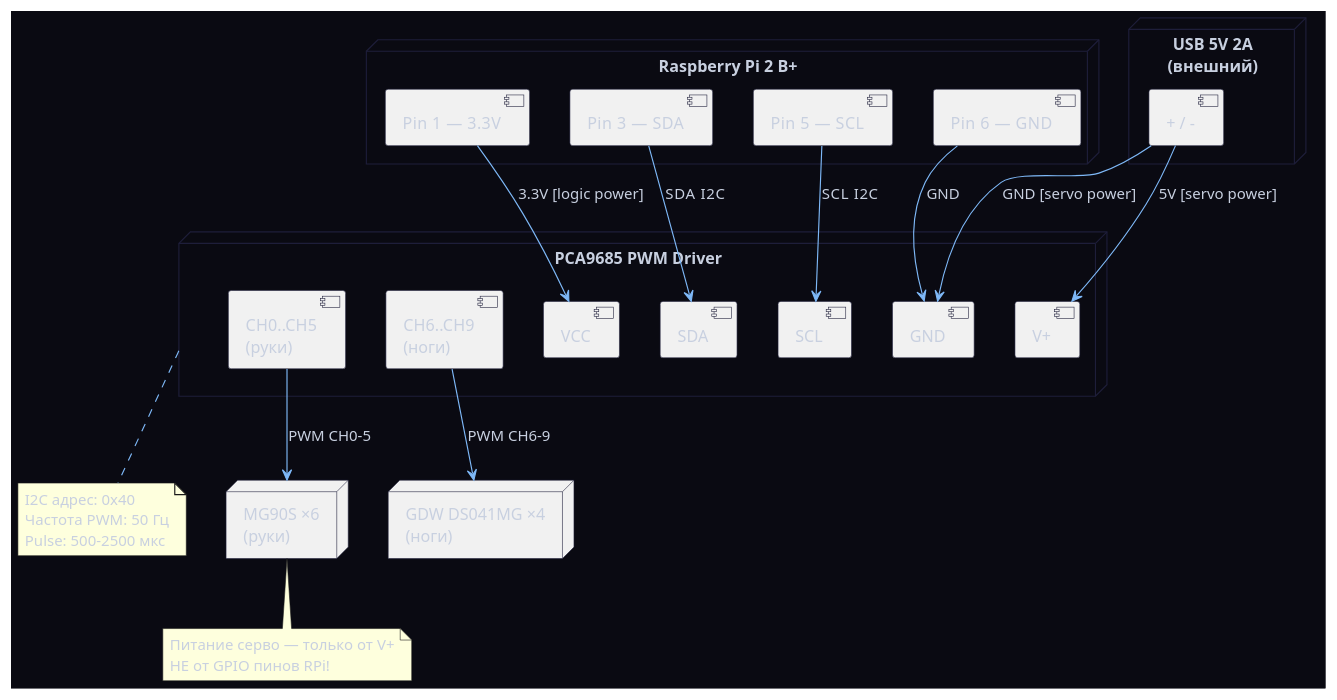
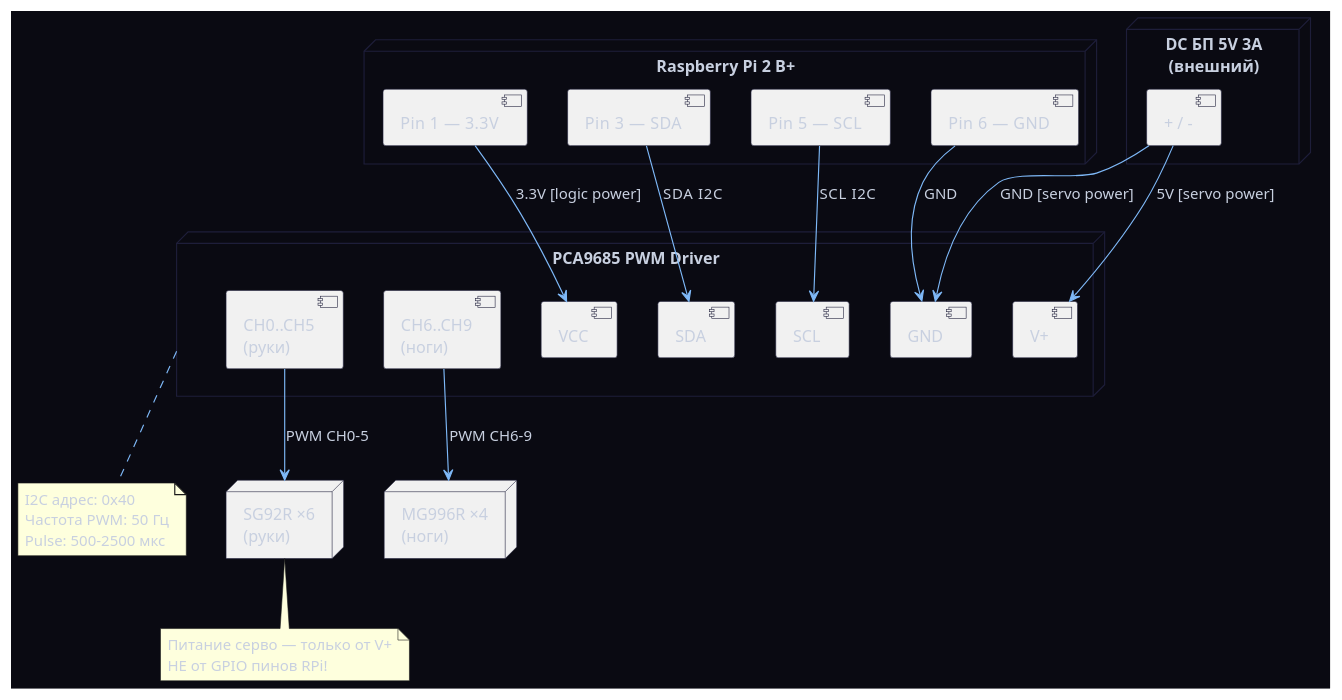
One commit to snyder2709/RoboForge changed the second of 2 diagrams in Research/robot-research-vault/research/robot-hardware-research/artefacts/diagrams/exp006_hardware_in_the_loop_wiring.md. Above: the diagram before and after it, drawn with PlantUML. The commit also changed other lines of this file and 1 other file, not shown here.

First line of the commit message:
EXP-006: add Gemini prerender prompt + fix wiring diagram servo names

````diff
--- a/Research/robot-research-vault/research/robot-hardware-research/artefacts/diagrams/exp006_hardware_in_the_loop_wiring.md
+++ b/Research/robot-research-vault/research/robot-hardware-research/artefacts/diagrams/exp006_hardware_in_the_loop_wiring.md
@@ -39,55 +39,55 @@
 ```plantuml
 @startuml
 skinparam backgroundColor #0a0a12
 skinparam defaultFontColor #c8d0e0
 skinparam nodeBorderColor #1e1e3a
 skinparam componentBorderColor #1e1e3a
 skinparam arrowColor #7eb8f7
 
 node "Raspberry Pi 2 B+" as RPi {
   component "Pin 1  — 3.3V" as P33
   component "Pin 6  — GND" as PGND
   component "Pin 3  — SDA" as PSDA
   component "Pin 5  — SCL" as PSCL
 }
 
 node "PCA9685 PWM Driver" as PCA {
   component "VCC" as PVCC
   component "GND" as PGND2
   component "SDA" as PSDA2
   component "SCL" as PSCL2
   component "V+" as PVP
   component "CH0..CH5\n(руки)" as CHArms
   component "CH6..CH9\n(ноги)" as CHLegs
 }
 
-node "USB 5V 2A\n(внешний)" as USB5V {
+node "DC БП 5V 3A\n(внешний)" as USB5V {
   component "+ / -" as USBPins
 }
 
-node "MG90S ×6\n(руки)" as Arms
-node "GDW DS041MG ×4\n(ноги)" as Legs
+node "SG92R ×6\n(руки)" as Arms
+node "MG996R ×4\n(ноги)" as Legs
 
 P33  --> PVCC  : 3.3V [logic power]
 PGND --> PGND2 : GND
 PSDA --> PSDA2 : SDA  I2C
 PSCL --> PSCL2 : SCL  I2C
 
 USBPins --> PVP   : 5V [servo power]
 USBPins --> PGND2 : GND [servo power]
 
 CHArms --> Arms : PWM CH0-5
 CHLegs --> Legs : PWM CH6-9
 
 note bottom of PCA
   I2C адрес: 0x40
   Частота PWM: 50 Гц
   Pulse: 500–2500 мкс
 end note
 
 note bottom of Arms
   Питание серво — только от V+
   НЕ от GPIO пинов RPi!
 end note
 @enduml
 ```
````
